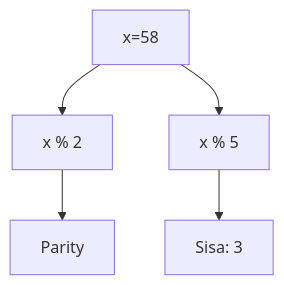
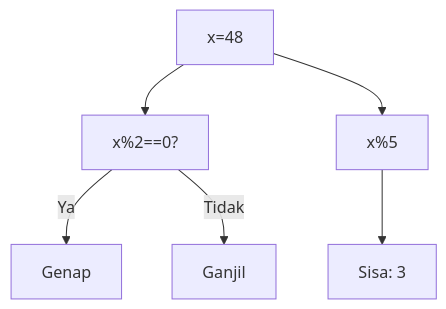
One commit to amnahwaida/OSNK_INF_PREP changed the third of 25 diagrams in part-c-pemahaman-cpp/06-bitwise/latihan/set-06.md. Above: the diagram before and after it, drawn with Mermaid. The commit also changed other lines of this file and 71 other files, not shown here.

Commit message:
Fixed Mermaid syntax lexical errors with quoted labels in 1,800 questions

````diff
--- a/part-c-pemahaman-cpp/06-bitwise/latihan/set-06.md
+++ b/part-c-pemahaman-cpp/06-bitwise/latihan/set-06.md
@@ -114,7 +91,8 @@
 ```mermaid
 graph TD
-A[x=58] --> B[x % 2]
-B --> C[Parity]
-A --> D[x % 5]
-D --> E[Sisa: 3]
+A["x=48"] --> B["x%2==0?"]
+B -- Ya --> C["Genap"]
+B -- Tidak --> D["Ganjil"]
+A --> E["x%5"]
+E --> F["Sisa: 3"]
 ```
````
